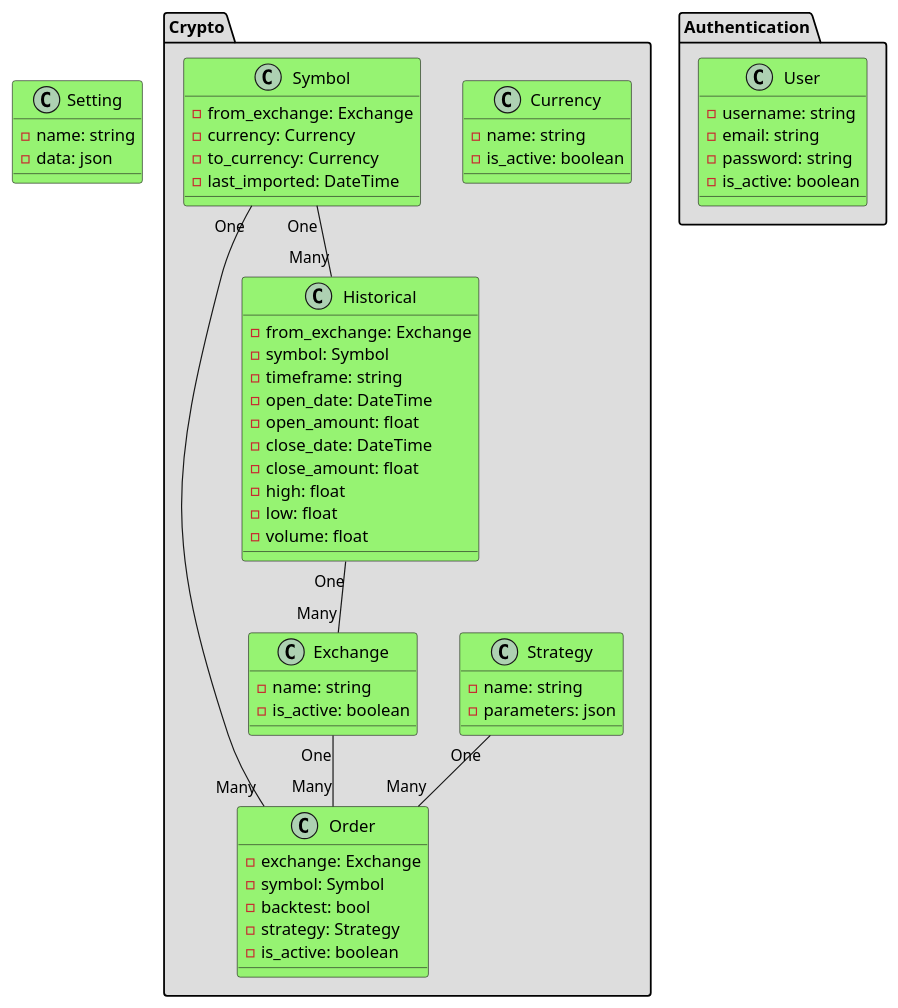
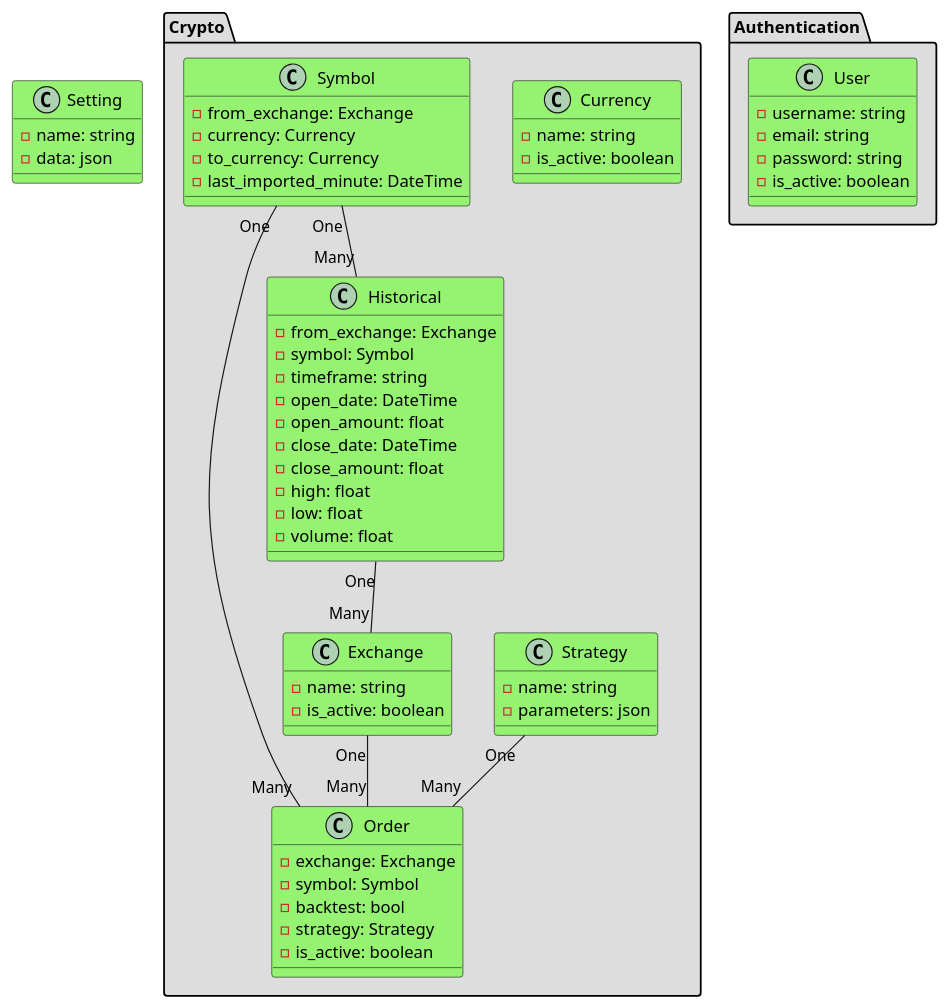
Before and after one commit to RomPiot/crypto-bot-tradingview: the diagram in class-diagram.puml, drawn with PlantUML. The commit also changed 12 other files, not shown here.

Commit message:
add last imported for each timeframe symbol

```diff
--- a/class-diagram.puml
+++ b/class-diagram.puml
@@ -4,82 +4,82 @@
 @startuml diagram
 
 ' Entities
 
 package "Crypto" #DDDDDD {
     class Currency #96F372 {
         - name: string
         - is_active: boolean
     }
 
     class Order #96F372 {
         - exchange: Exchange
         - symbol: Symbol
         - backtest: bool
         - strategy: Strategy
         - is_active: boolean
     }
 
     class Exchange #96F372 {
         - name: string
         - is_active: boolean
     }
 
     class Strategy #96F372 {
         - name: string
         - parameters: json
     }
 
     class Historical #96F372 {
         - from_exchange: Exchange
         - symbol: Symbol
         - timeframe: string
         - open_date: DateTime
         - open_amount: float
         - close_date: DateTime
         - close_amount: float
         - high: float
         - low: float
         - volume: float
     }
 
     class Symbol #96F372 {
         - from_exchange: Exchange
         - currency: Currency
         - to_currency: Currency
-        - last_imported: DateTime
+        - last_imported_minute: DateTime
     }
 }
 
 package "Authentication" #DDDDDD {
     class User #96F372 {
         - username: string
         - email: string
         - password: string
         - is_active: boolean
     }
 }
 
 class Setting #96F372 {
     ' ex : 
     ' TRADINGVIEW_SETTINGS : { 
     '     color_mode: dark 
     '     view_type: logarithmic 
     '     view_auto: false 
     ' }
     ' ex : to save a chart
     ' TRADINGVIEW_INDICATOR_[NAME] : {  
     '     start_point: 123123.48949
     '     end_point: 123123.48949
     ' }
     - name: string 
     - data: json
 }
 
 ' Relations
 Exchange "One" -- "Many" Order
 Strategy "One" -- "Many" Order
 Historical "One" -- "Many" Exchange
 Symbol "One" -- "Many" Historical
 Symbol "One" -- "Many" Order
 
 @enduml
```
